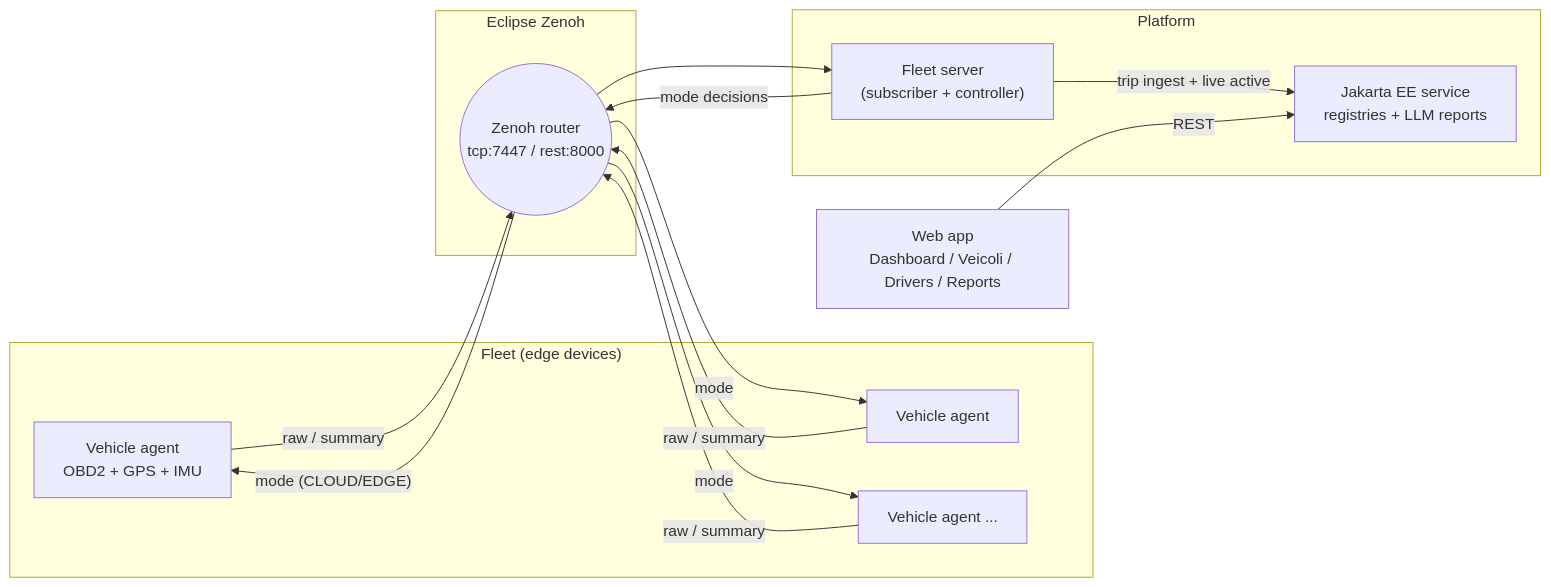
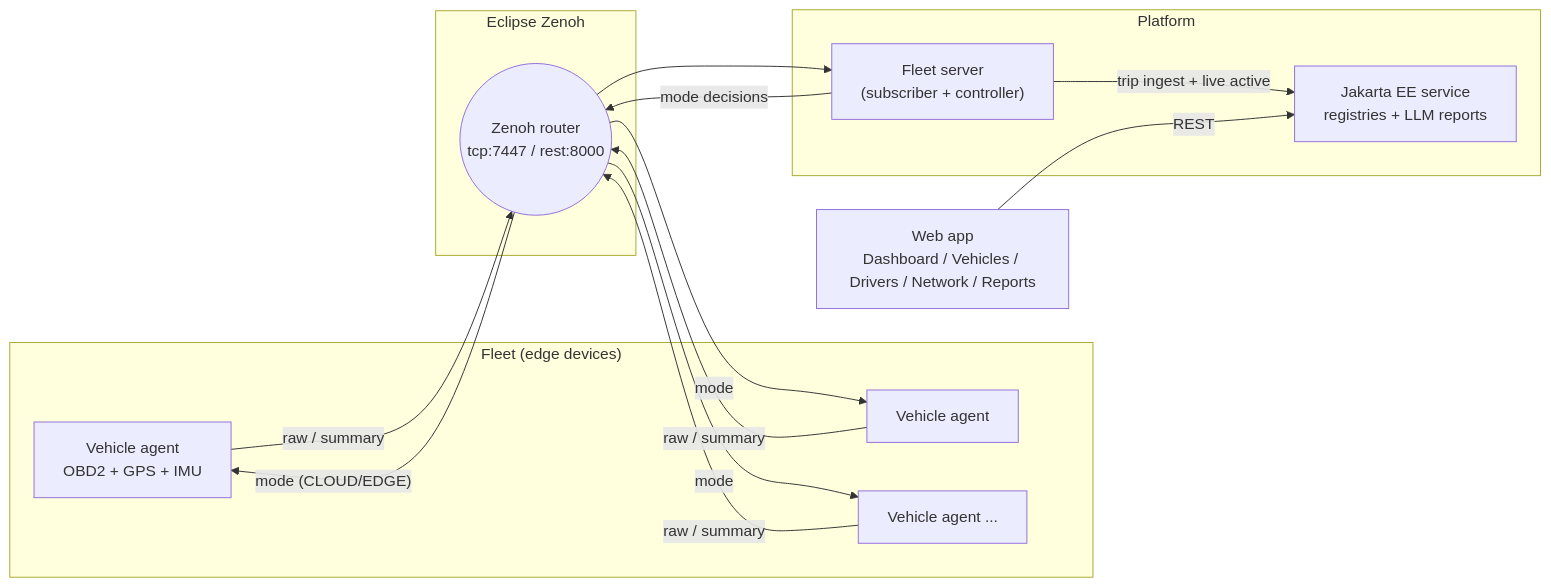
The diagram in README.md (Cyber-Guys/CoreFleet), drawn with Mermaid before and after one commit. The commit also changed other lines of this file and 15 other files, not shown here.

````diff
--- a/README.md
+++ b/README.md
@@ -22,30 +22,30 @@
 ```mermaid
 flowchart LR
     subgraph Vehicles["Fleet (edge devices)"]
         V1["Vehicle agent\nOBD2 + GPS + IMU"]
         V2["Vehicle agent"]
         Vn["Vehicle agent ..."]
     end
 
     subgraph Bus["Eclipse Zenoh"]
         R(("Zenoh router\ntcp:7447 / rest:8000"))
     end
 
     subgraph Backend["Platform"]
         S["Fleet server\n(subscriber + controller)"]
         J["Jakarta EE service\nregistries + LLM reports"]
     end
 
-    W["Web app\nDashboard / Veicoli / Drivers / Reports"]
+    W["Web app\nDashboard / Vehicles / Drivers / Network / Reports"]
 
     V1 -- raw / summary --> R
     V2 -- raw / summary --> R
     Vn -- raw / summary --> R
     R -- mode (CLOUD/EDGE) --> V1
     R -- mode --> V2
     R -- mode --> Vn
     R --> S
     S -- mode decisions --> R
     S -- trip ingest + live active --> J
     W -- REST --> J
 ```
````
